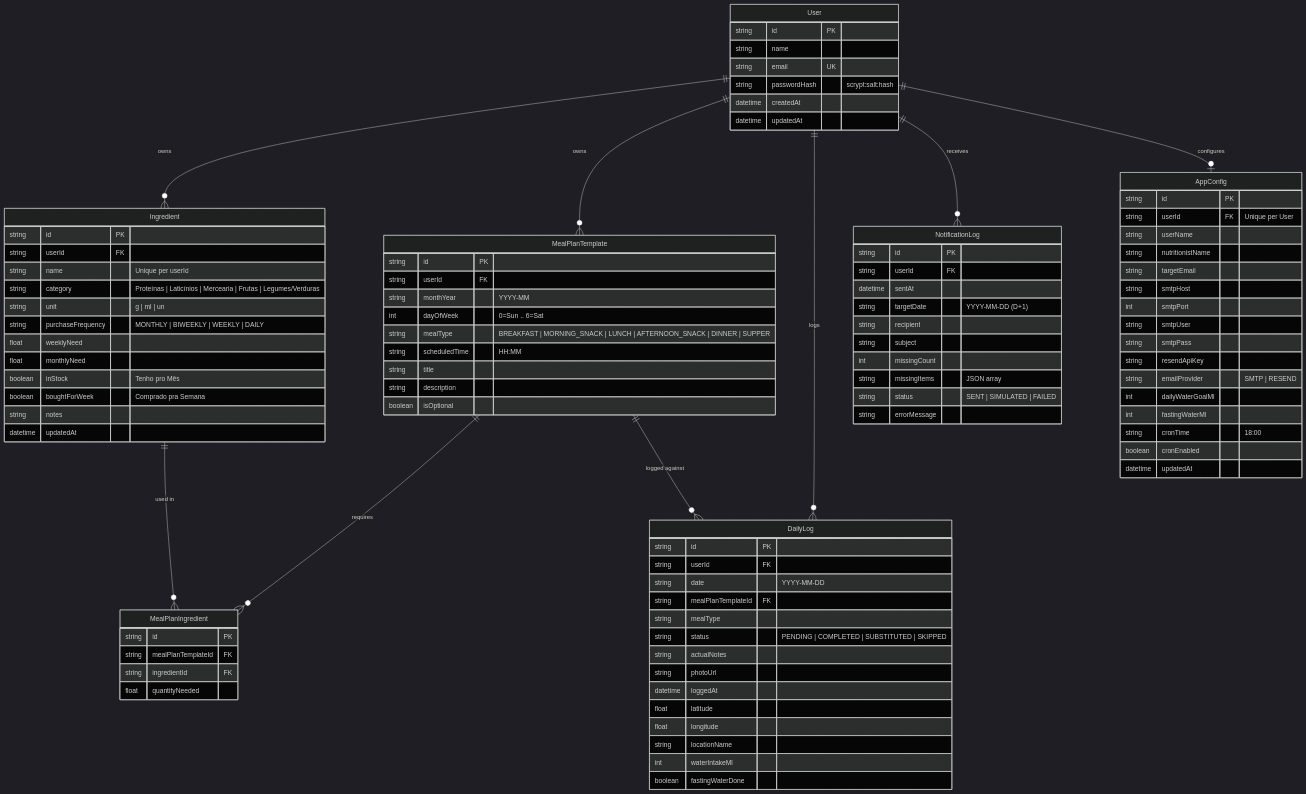
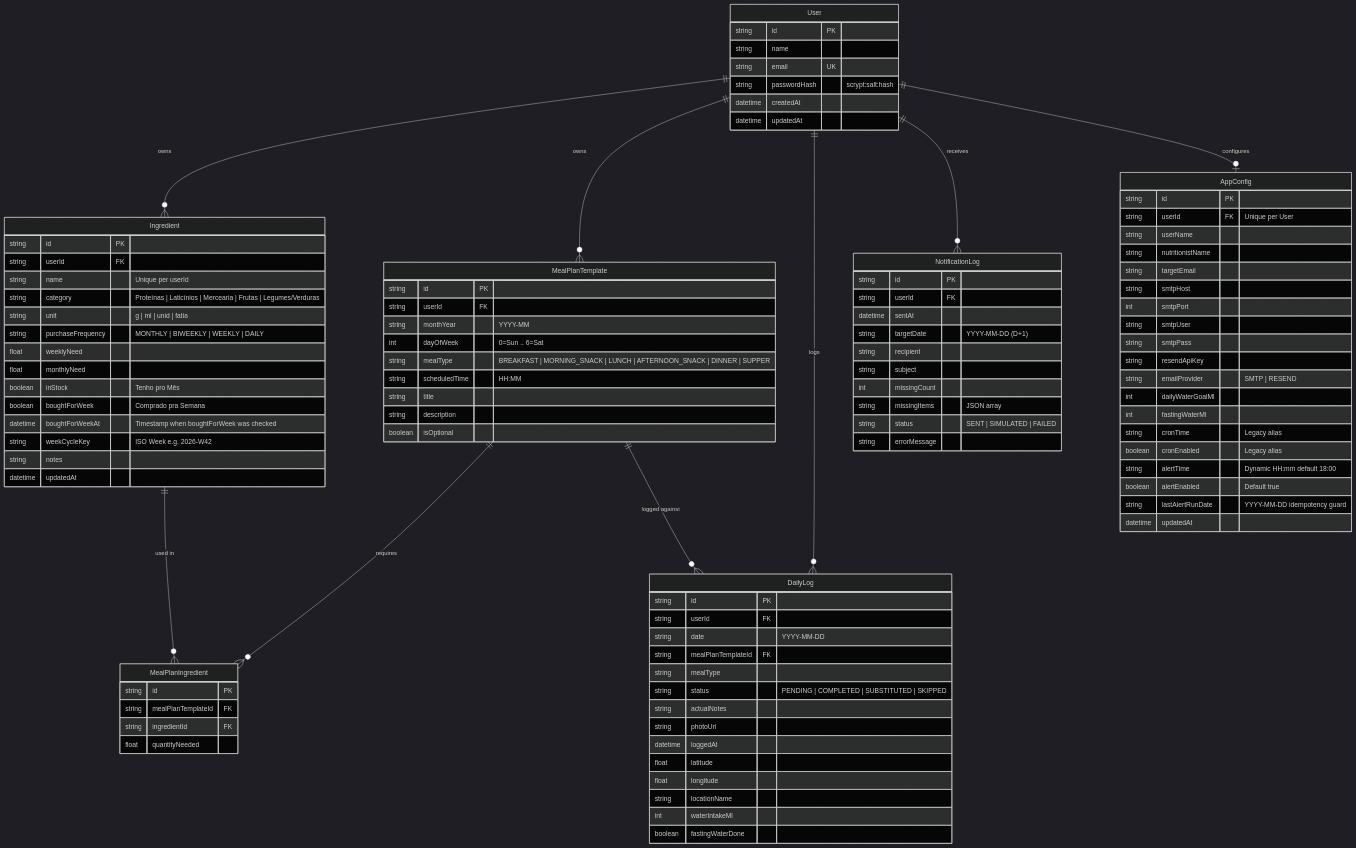
The third of 3 diagrams in docs/SDD.md (Celta031/NutriTrack-OS), drawn with Mermaid (dark theme) before and after one commit. The commit also changed other lines of this file and 16 other files, not shown here.

````diff
--- a/docs/SDD.md
+++ b/docs/SDD.md
@@ -142,12 +143,14 @@
         string userId FK
         string name "Unique per userId"
         string category "Proteínas | Laticínios | Mercearia | Frutas | Legumes/Verduras"
-        string unit "g | ml | un"
+        string unit "g | ml | unid | fatia"
         string purchaseFrequency "MONTHLY | BIWEEKLY | WEEKLY | DAILY"
         float weeklyNeed
         float monthlyNeed
         boolean inStock "Tenho pro Mês"
         boolean boughtForWeek "Comprado pra Semana"
+        datetime boughtForWeekAt "Timestamp when boughtForWeek was checked"
+        string weekCycleKey "ISO Week e.g. 2026-W42"
         string notes
         datetime updatedAt
     }
@@ -215,8 +218,11 @@
         string emailProvider "SMTP | RESEND"
         int dailyWaterGoalMl
         int fastingWaterMl
-        string cronTime "18:00"
-        boolean cronEnabled
+        string cronTime "Legacy alias"
+        boolean cronEnabled "Legacy alias"
+        string alertTime "Dynamic HH:mm default 18:00"
+        boolean alertEnabled "Default true"
+        string lastAlertRunDate "YYYY-MM-DD idempotency guard"
         datetime updatedAt
     }
 ```
````
